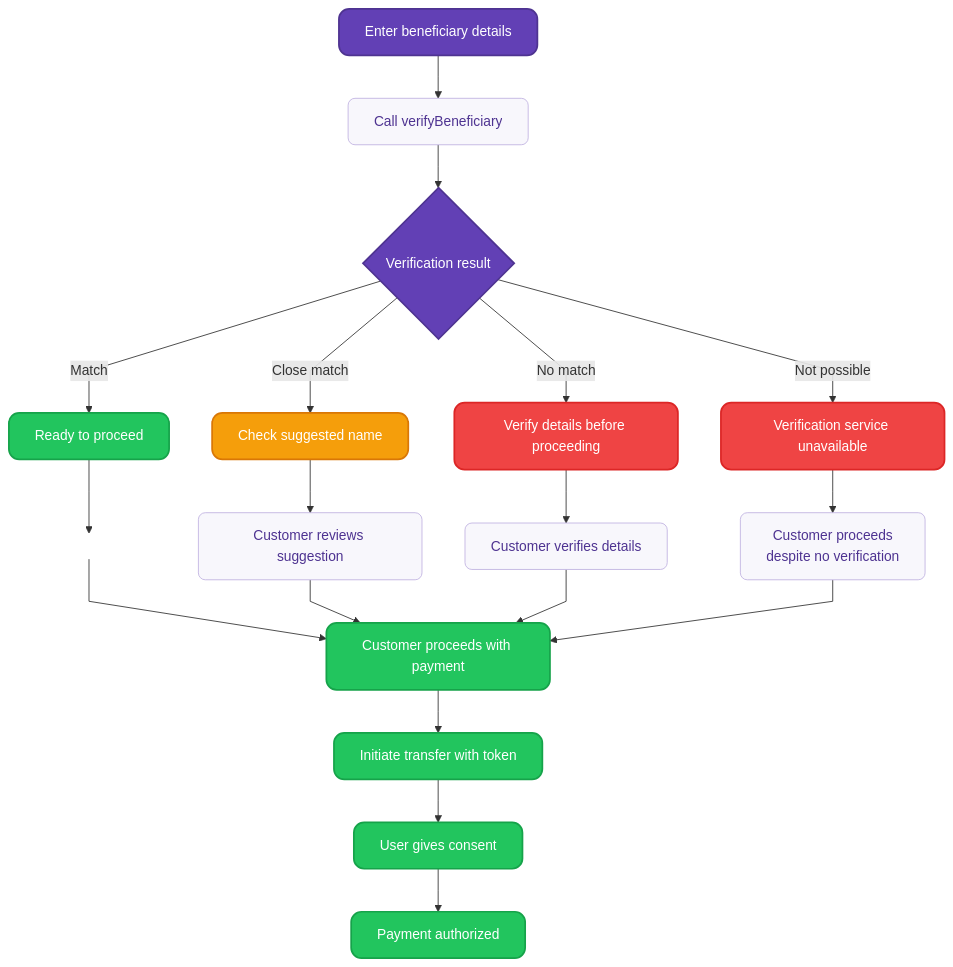
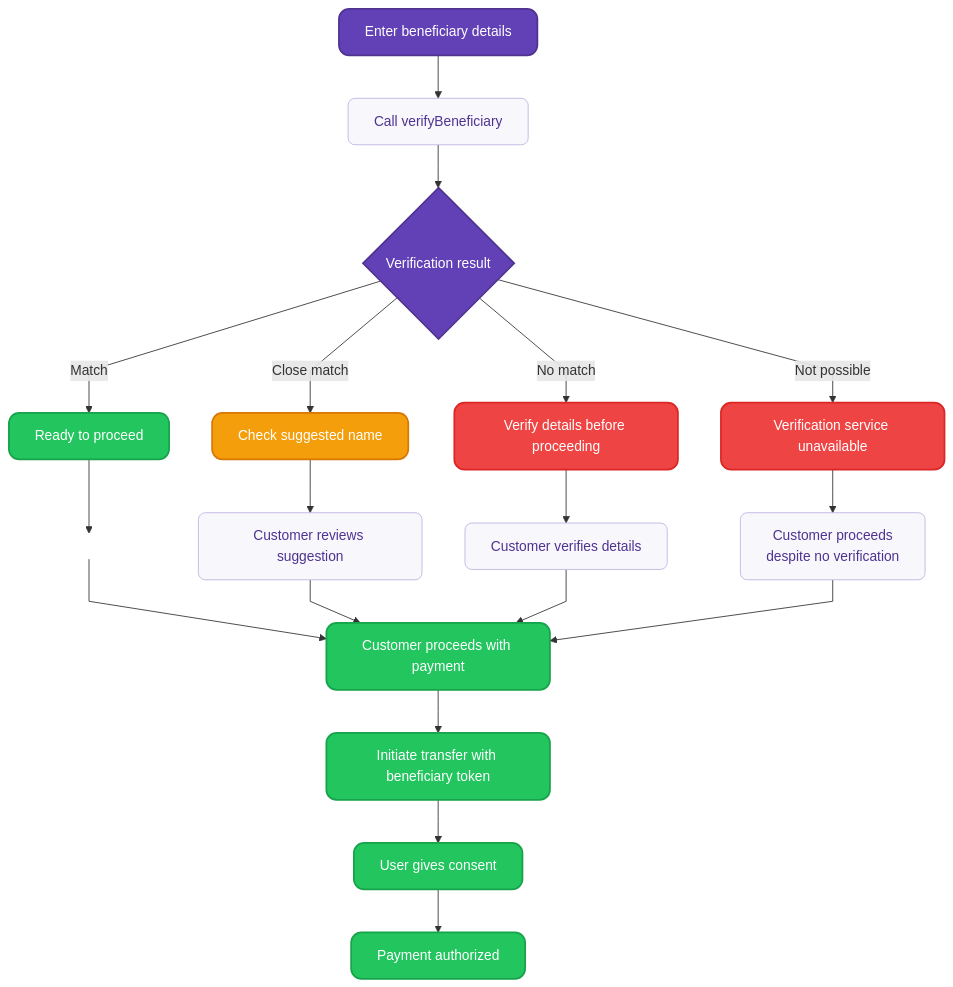
The third of 3 diagrams in docs/topics/payments/credit-transfers/sepa/verification-of-payee.mdx (swan-io/docs), drawn with Mermaid before and after one commit. The commit also changed other lines of this file, not shown here.

````diff
--- a/docs/topics/payments/credit-transfers/sepa/verification-of-payee.mdx
+++ b/docs/topics/payments/credit-transfers/sepa/verification-of-payee.mdx
@@ -253,49 +296,49 @@
 ```mermaid
 %%{ init: { 'flowchart': { 'curve': 'linear' } } }%%
 flowchart TD
     A["Enter beneficiary details"] --> B[Call verifyBeneficiary]
     B --> C{Verification result}
     
     D["Ready to proceed"]
     E["Check suggested name"]  
     F["Verify details before proceeding"]
     G["Verification service unavailable"]
     
     C -->|"Match"| D
     C -->|"Close match"| E
     C -->|"No match"| F
     C -->|"Not possible"| G
     
     D --> H[" "]
     E --> I["Customer reviews suggestion"]
     F --> J["Customer verifies details"]
     G --> K["Customer proceeds<br>despite no verification"]
     
     H --> L["Customer proceeds with payment"]
     I --> L
     J --> L
     K --> L
     
-    L --> M["Initiate transfer with token"]
+    L --> M["Initiate transfer with beneficiary token"]
     M --> N["User gives consent"]
     N --> O["Payment authorized"]
     
     classDef default fill:#ffffff,stroke:#6240b5,stroke-width:1px,color:#271a48,rx:12,ry:12
     classDef input fill:#6240b5,stroke:#4e3391,stroke-width:2px,color:#ffffff,rx:12,ry:12
     classDef decision fill:#6240b5,stroke:#4e3391,stroke-width:2px,color:#ffffff,rx:20,ry:20
     classDef success fill:#22c55e,stroke:#16a34a,stroke-width:2px,color:#ffffff,rx:12,ry:12
     classDef warning fill:#f59e0b,stroke:#d97706,stroke-width:2px,color:#ffffff,rx:12,ry:12
     classDef error fill:#ef4444,stroke:#dc2626,stroke-width:2px,color:#ffffff,rx:12,ry:12
     classDef process fill:#f8f7fc,stroke:#c0b3e1,stroke-width:1px,color:#4e3391,rx:8,ry:8
     classDef final fill:#22c55e,stroke:#16a34a,stroke-width:2px,color:#ffffff,rx:12,ry:12
     classDef invisible fill:transparent,stroke:transparent,stroke-width:0px,color:transparent
     
     class A input
     class C decision
     class D success
     class E warning
     class F,G error
     class B,I,J,K process
     class L,M,N,O final
     class H invisible
 ```
````
